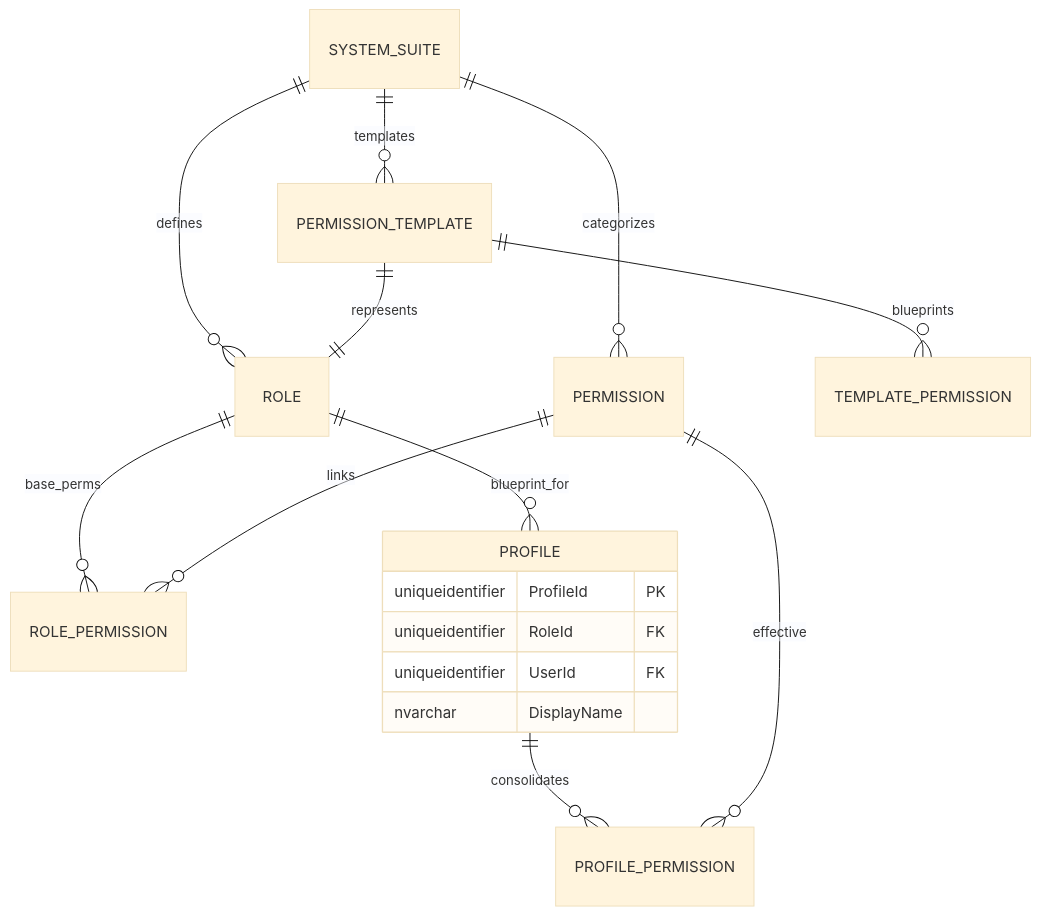
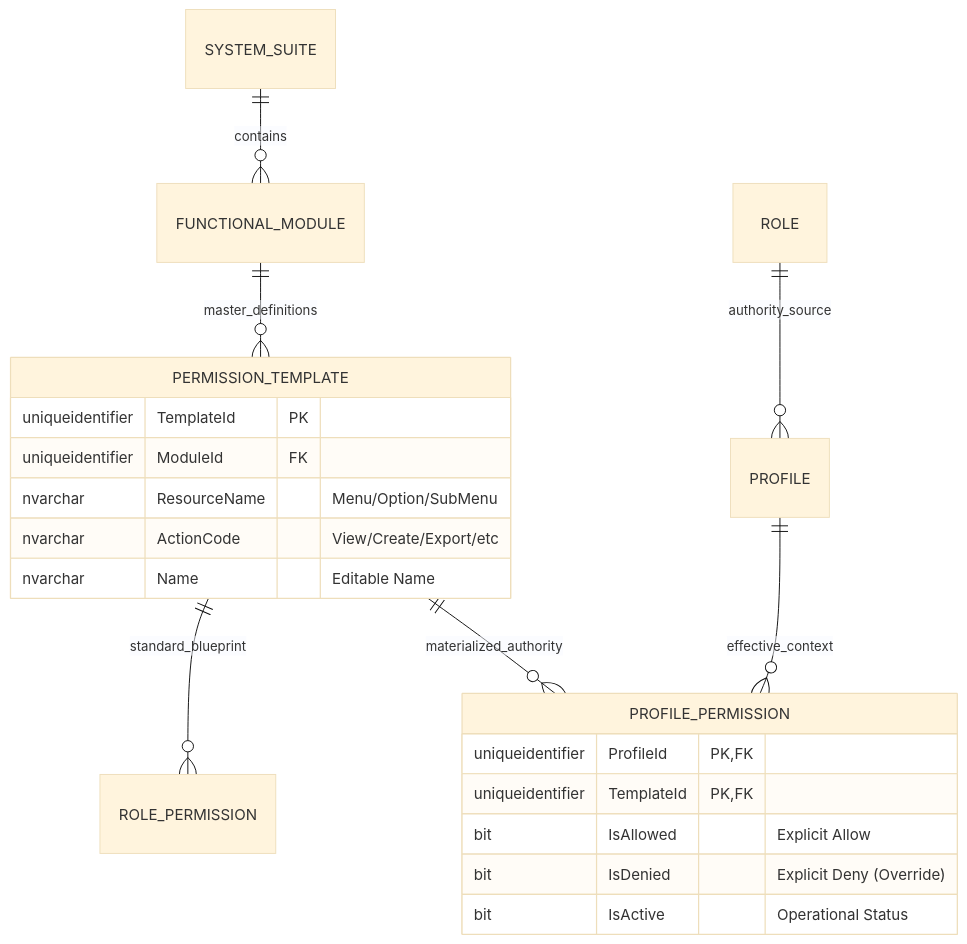
One commit to beyondnetcode/ums changed the second of 4 diagrams in architecture/blueprints/database-design-er.md. Above: the diagram before and after it, drawn with Mermaid (base theme). The commit also changed other lines of this file and 5 other files, not shown here.

Commit message:
feat(arch): refactor to Master-Template Driven Authorization Framework (EN/ES)

````diff
--- a/architecture/blueprints/database-design-er.md
+++ b/architecture/blueprints/database-design-er.md
@@ -93,24 +60,27 @@
 ```mermaid
 erDiagram
-    SYSTEM_SUITE ||--o{ ROLE : "defines"
-    SYSTEM_SUITE ||--o{ PERMISSION : "categorizes"
-    SYSTEM_SUITE ||--o{ PERMISSION_TEMPLATE : "templates"
+    SYSTEM_SUITE ||--o{ FUNCTIONAL_MODULE : "contains"
+    FUNCTIONAL_MODULE ||--o{ PERMISSION_TEMPLATE : "master_definitions"
     
-    PERMISSION_TEMPLATE ||--o{ TEMPLATE_PERMISSION : "blueprints"
-    PERMISSION_TEMPLATE ||--|| ROLE : "represents"
+    PERMISSION_TEMPLATE ||--o{ ROLE_PERMISSION : "standard_blueprint"
+    PERMISSION_TEMPLATE ||--o{ PROFILE_PERMISSION : "materialized_authority"
     
-    ROLE ||--o{ ROLE_PERMISSION : "base_perms"
-    ROLE ||--o{ PROFILE : "blueprint_for"
+    PROFILE ||--o{ PROFILE_PERMISSION : "effective_context"
+    ROLE ||--o{ PROFILE : "authority_source"
     
-    PROFILE ||--o{ PROFILE_PERMISSION : "consolidates"
+    PERMISSION_TEMPLATE {
+        uniqueidentifier TemplateId PK
+        uniqueidentifier ModuleId FK
+        nvarchar ResourceName "Menu/Option/SubMenu"
+        nvarchar ActionCode "View/Create/Export/etc"
+        nvarchar Name "Editable Name"
+    }
     
-    PERMISSION ||--o{ ROLE_PERMISSION : "links"
-    PERMISSION ||--o{ PROFILE_PERMISSION : "effective"
-    
-    PROFILE {
-        uniqueidentifier ProfileId PK
-        uniqueidentifier RoleId FK
-        uniqueidentifier UserId FK
-        nvarchar DisplayName
+    PROFILE_PERMISSION {
+        uniqueidentifier ProfileId PK, FK
+        uniqueidentifier TemplateId PK, FK
+        bit IsAllowed "Explicit Allow"
+        bit IsDenied "Explicit Deny (Override)"
+        bit IsActive "Operational Status"
     }
 ```
````
